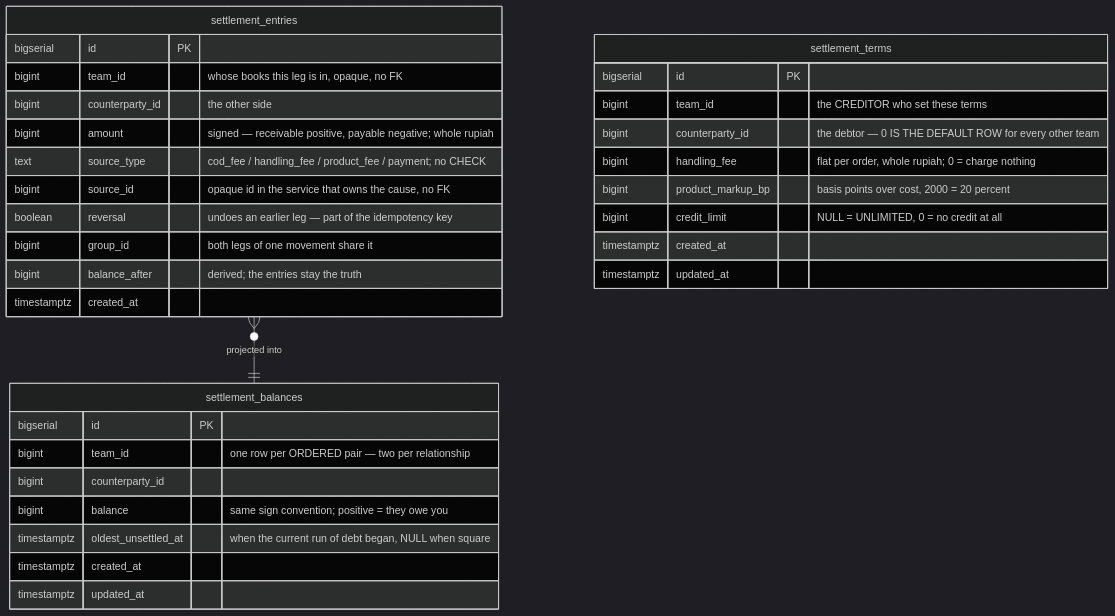
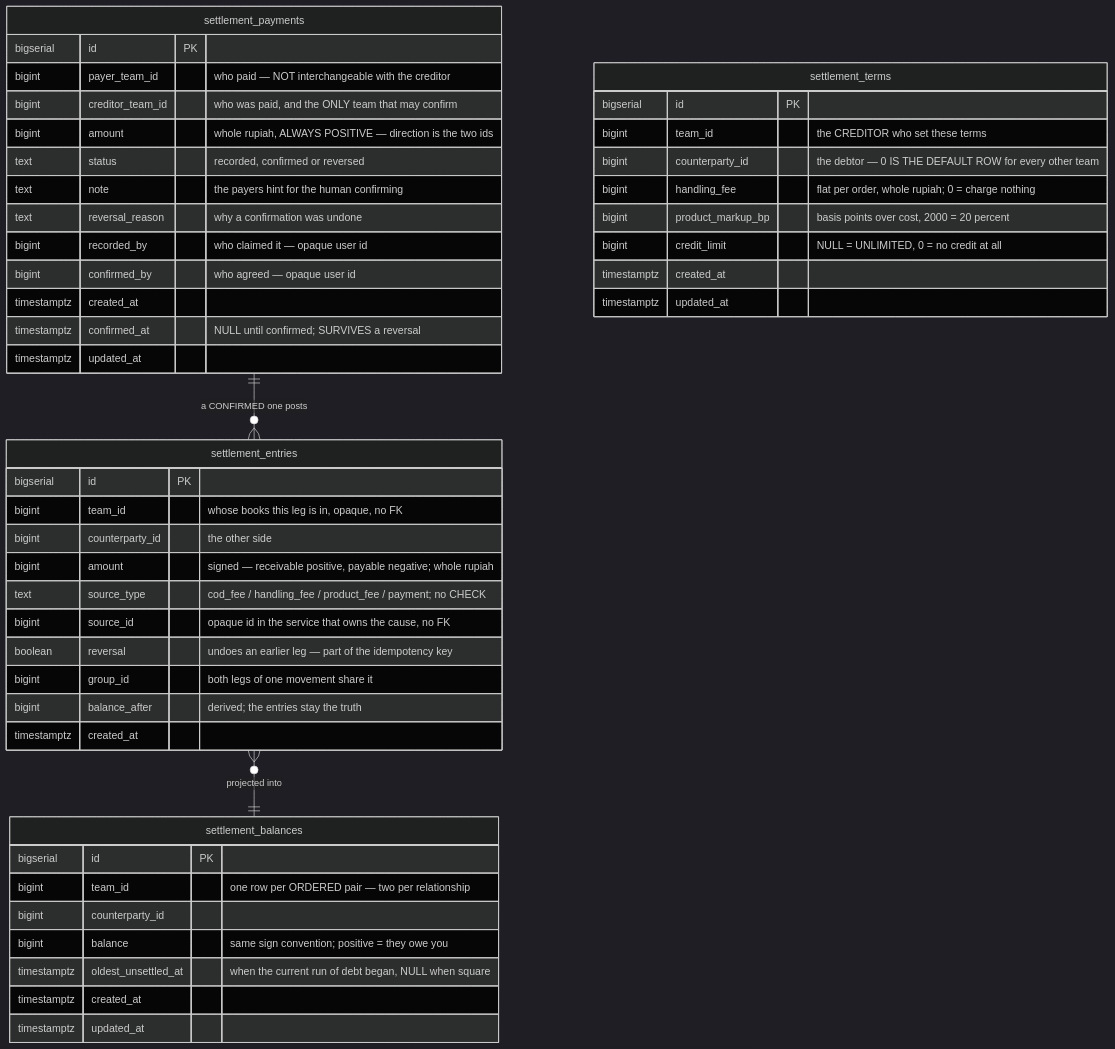
One commit to pdcgo/warehouse_revamp changed diagram 13 of 13 in docs/database-schema.md. Above: the diagram before and after it, drawn with Mermaid (dark theme). The commit also changed other lines of this file and 170 other files, not shown here.

````diff
--- a/docs/database-schema.md
+++ b/docs/database-schema.md
@@ -1082,37 +1092,53 @@
 ```mermaid
 erDiagram
     settlement_entries }o--|| settlement_balances : "projected into"
+    settlement_payments ||--o{ settlement_entries : "a CONFIRMED one posts"
     settlement_terms {
         bigserial   id                PK
         bigint      team_id           "the CREDITOR who set these terms"
         bigint      counterparty_id   "the debtor — 0 IS THE DEFAULT ROW for every other team"
         bigint      handling_fee      "flat per order, whole rupiah; 0 = charge nothing"
         bigint      product_markup_bp "basis points over cost, 2000 = 20 percent"
         bigint      credit_limit      "NULL = UNLIMITED, 0 = no credit at all"
         timestamptz created_at
         timestamptz updated_at
     }
 
     settlement_entries {
         bigserial   id              PK
         bigint      team_id         "whose books this leg is in, opaque, no FK"
         bigint      counterparty_id "the other side"
         bigint      amount          "signed — receivable positive, payable negative; whole rupiah"
         text        source_type     "cod_fee / handling_fee / product_fee / payment; no CHECK"
         bigint      source_id       "opaque id in the service that owns the cause, no FK"
         boolean     reversal        "undoes an earlier leg — part of the idempotency key"
         bigint      group_id        "both legs of one movement share it"
         bigint      balance_after   "derived; the entries stay the truth"
         timestamptz created_at
     }
 
     settlement_balances {
         bigserial   id                  PK
         bigint      team_id             "one row per ORDERED pair — two per relationship"
         bigint      counterparty_id
         bigint      balance             "same sign convention; positive = they owe you"
         timestamptz oldest_unsettled_at "when the current run of debt began, NULL when square"
         timestamptz created_at
         timestamptz updated_at
     }
+
+    settlement_payments {
+        bigserial   id               PK
+        bigint      payer_team_id    "who paid — NOT interchangeable with the creditor"
+        bigint      creditor_team_id "who was paid, and the ONLY team that may confirm"
+        bigint      amount           "whole rupiah, ALWAYS POSITIVE — direction is the two ids"
+        text        status           "recorded, confirmed or reversed"
+        text        note             "the payers hint for the human confirming"
+        text        reversal_reason  "why a confirmation was undone"
+        bigint      recorded_by      "who claimed it — opaque user id"
+        bigint      confirmed_by     "who agreed — opaque user id"
+        timestamptz created_at
+        timestamptz confirmed_at     "NULL until confirmed; SURVIVES a reversal"
+        timestamptz updated_at
+    }
 ```
````
